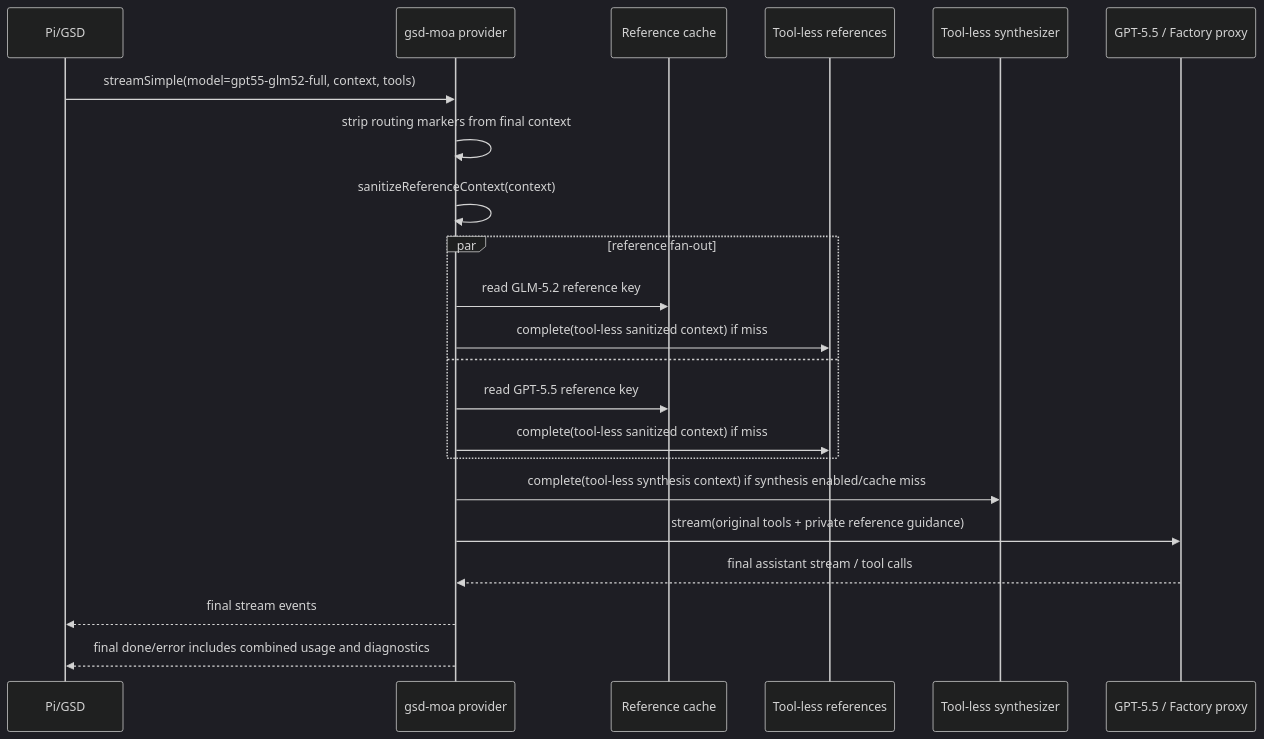
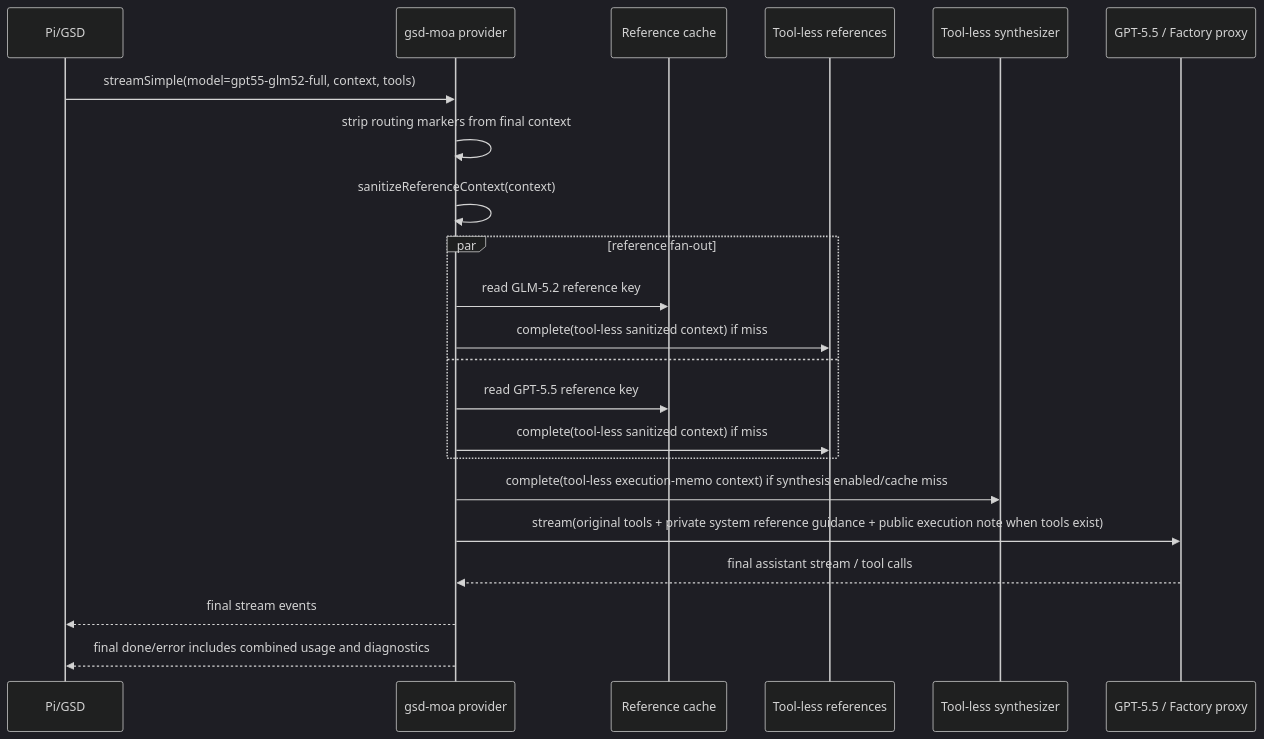
The second of 2 diagrams in docs/FULL-MOA.md (manthedan/gsd-moa), drawn with Mermaid (dark theme) before and after one commit. The commit also changed other lines of this file and 8 other files, not shown here.

````diff
--- a/docs/FULL-MOA.md
+++ b/docs/FULL-MOA.md
@@ -22,25 +22,25 @@
 ```mermaid
 sequenceDiagram
   participant Pi as Pi/GSD
   participant MoA as gsd-moa provider
   participant Cache as Reference cache
   participant R as Tool-less references
   participant S as Tool-less synthesizer
   participant GPT as GPT-5.5 / Factory proxy
 
   Pi->>MoA: streamSimple(model=gpt55-glm52-full, context, tools)
   MoA->>MoA: strip routing markers from final context
   MoA->>MoA: sanitizeReferenceContext(context)
   par reference fan-out
     MoA->>Cache: read GLM-5.2 reference key
     MoA->>R: complete(tool-less sanitized context) if miss
   and
     MoA->>Cache: read GPT-5.5 reference key
     MoA->>R: complete(tool-less sanitized context) if miss
   end
-  MoA->>S: complete(tool-less synthesis context) if synthesis enabled/cache miss
-  MoA->>GPT: stream(original tools + private reference guidance)
+  MoA->>S: complete(tool-less execution-memo context) if synthesis enabled/cache miss
+  MoA->>GPT: stream(original tools + private system reference guidance + public execution note when tools exist)
   GPT-->>MoA: final assistant stream / tool calls
   MoA-->>Pi: final stream events
   MoA-->>Pi: final done/error includes combined usage and diagnostics
 ```
````
